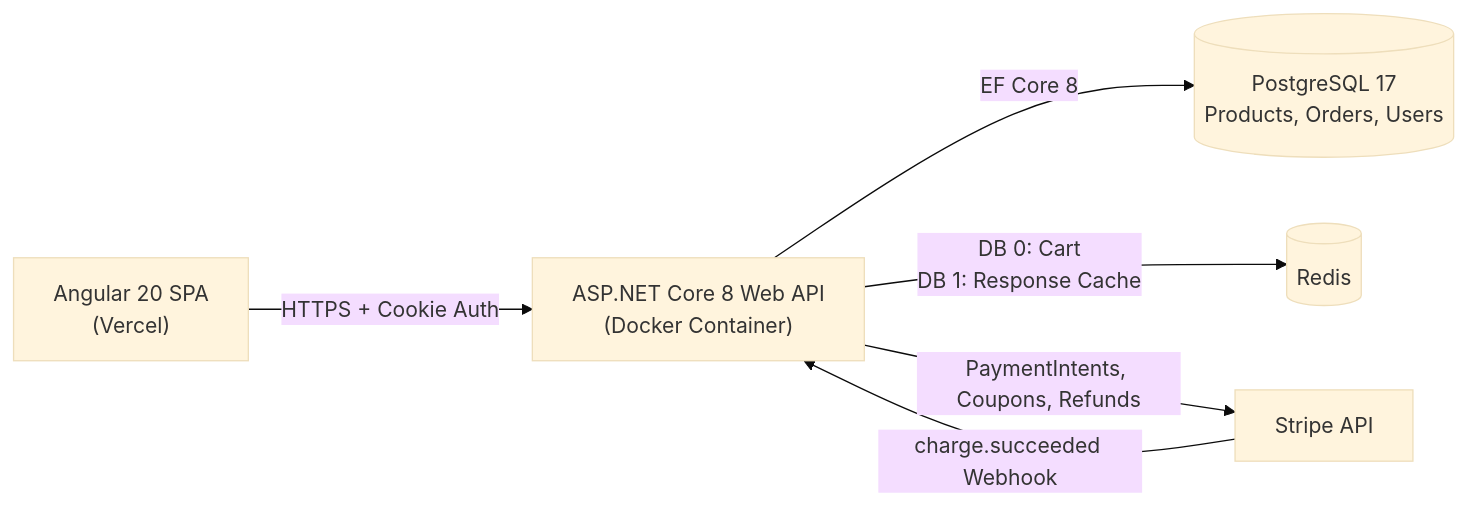
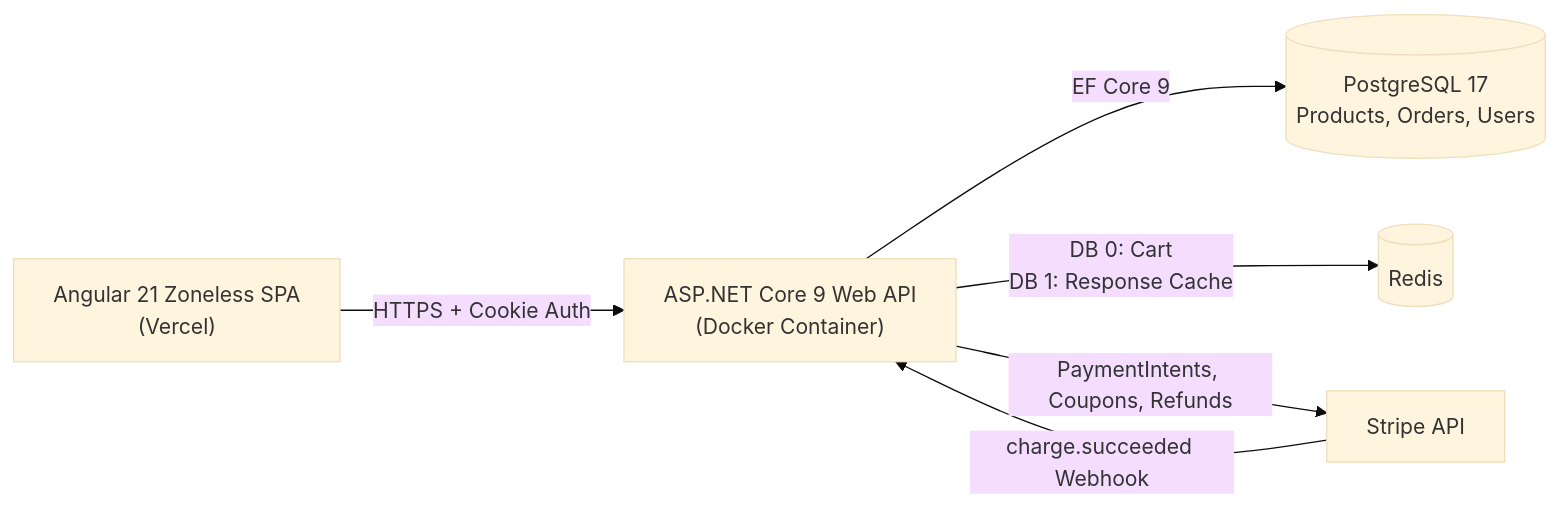
The diagram in README.md (Gehad555/Ski-Shop-E-Commerce-), drawn with Mermaid (base theme) before and after one commit. The commit also changed other lines of this file and 23 other files, not shown here.

````diff
--- a/README.md
+++ b/README.md
@@ -30,8 +30,8 @@
 ```mermaid
 flowchart LR
-    Client["Angular 20 SPA<br/>(Vercel)"] -->|HTTPS + Cookie Auth| API["ASP.NET Core 8 Web API<br/>(Docker Container)"]
-    API -->|EF Core 8| PG[("PostgreSQL 17<br/>Products, Orders, Users")]
+    Client["Angular 21 Zoneless SPA<br/>(Vercel)"] -->|HTTPS + Cookie Auth| API["ASP.NET Core 9 Web API<br/>(Docker Container)"]
+    API -->|EF Core 9| PG[("PostgreSQL 17<br/>Products, Orders, Users")]
     API -->|DB 0: Cart<br/>DB 1: Response Cache| Redis[("Redis")]
     API -->|PaymentIntents, Coupons, Refunds| Stripe["Stripe API"]
     Stripe -->|charge.succeeded Webhook| API
 ```
````
